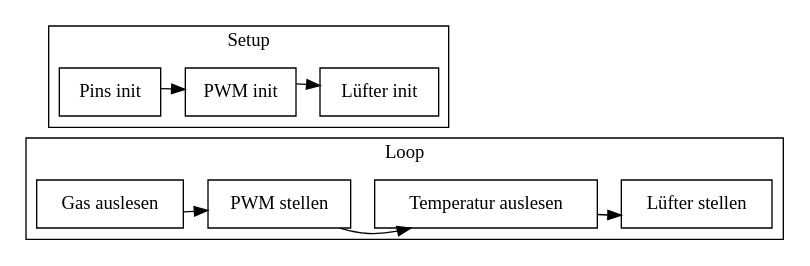
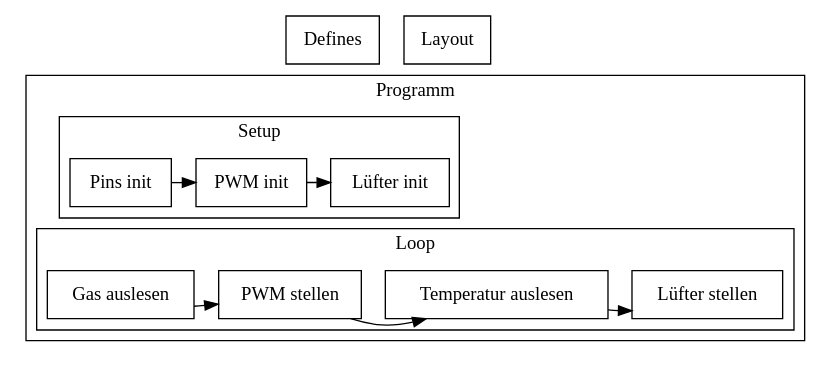
The diagram in images/basic.dot (floppyMike/Motorsteuerung), drawn with Graphviz before and after one commit. The commit also changed 2 other files, not shown here.

Commit message:
Added Defines und Layout

```diff
--- a/images/basic.dot
+++ b/images/basic.dot
@@ -1,30 +1,41 @@
 digraph G
 {
     splines=curved;
     node [shape = record];
+    compound = true;
 
-    subgraph cluster_setup 
+    Defines;
+    Layout;
+
+    subgraph cluster_programm 
     {
-        label = "Setup";
-        rankdir = LR;
-        rank = same;
+        label = "Programm"
+
+        subgraph cluster_setup 
         {
-            "Pins init"; "PWM init"; "Lüfter init";
+            label = "Setup";
+            rankdir = LR;
+            rank = same;
+            {
+                "Pins init"; "PWM init"; "Lüfter init";
+            }
         }
-    }
 
-    subgraph cluster_loop
-    {
-        label = "Loop";
-        rankdir = LR;
-        rank = same;
+        subgraph cluster_loop
         {
-            "Gas auslesen"; "PWM stellen"; "Temperatur auslesen"; "Lüfter stellen";
+            label = "Loop";
+            rankdir = LR;
+            rank = same;
+            {
+                "Gas auslesen"; "PWM stellen"; "Temperatur auslesen"; "Lüfter stellen";
+            }
         }
     }
 
     "Pins init" -> "PWM init" -> "Lüfter init";
     "Gas auslesen" -> "PWM stellen" -> "Temperatur auslesen" -> "Lüfter stellen";
 
     "Pins init" -> "Gas auslesen" [style = invis];
+    Defines -> "Lüfter init" [style = invis];
+    Layout -> "Lüfter init" [style = invis];
 }
```
